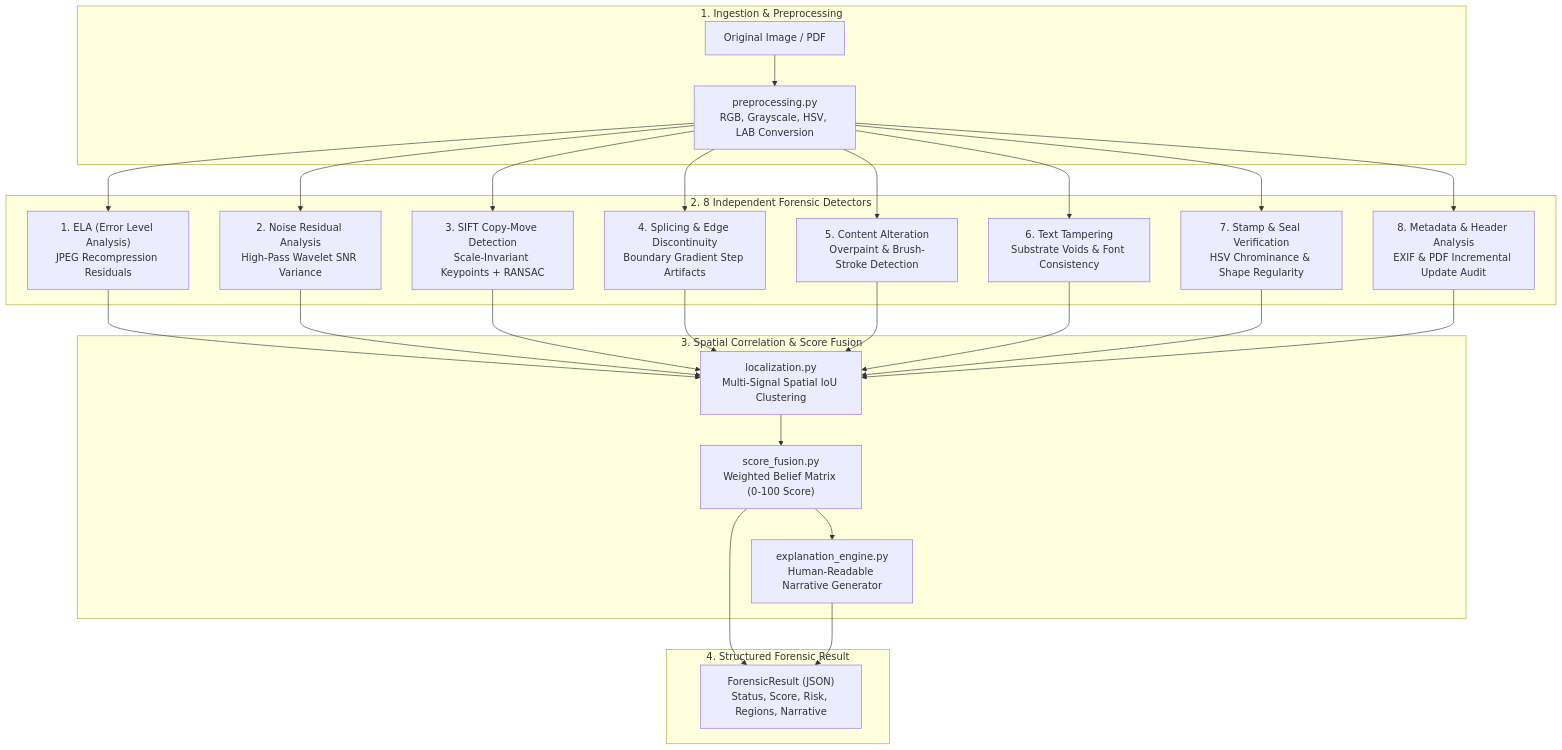
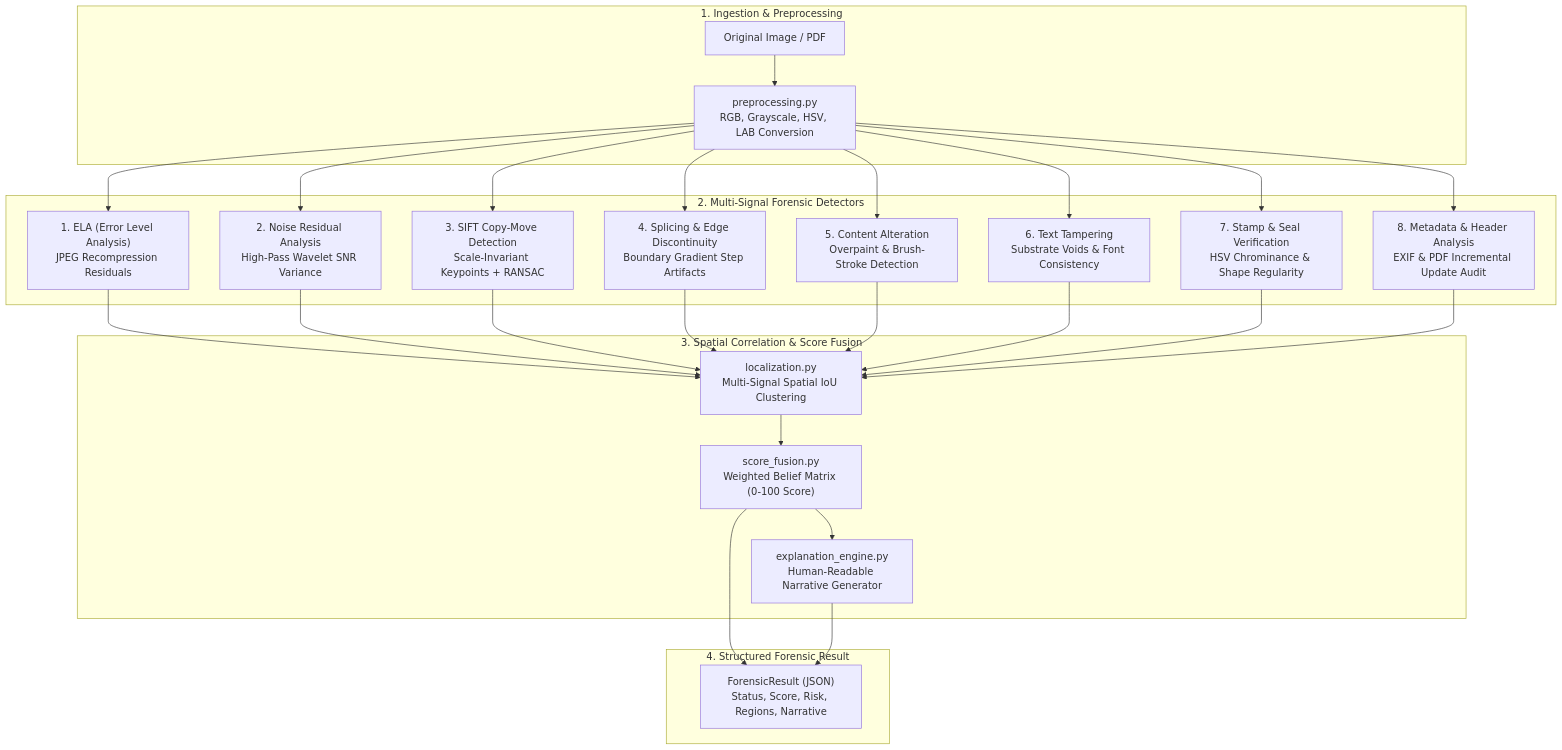
The third of 3 diagrams in README.md (DhruvilTech/DocShield-AI), drawn with Mermaid before and after one commit. The commit also changed other lines of this file and 2 other files, not shown here.

Commit message:
docs: update architecture for Cloudinary encryption, remove RBAC, and secure config

````diff
--- a/README.md
+++ b/README.md
@@ -334,27 +355,27 @@
 ```mermaid
 graph TD
     subgraph Inputs["1. Ingestion & Preprocessing"]
         raw["Original Image / PDF"] --> pre["preprocessing.py<br/>RGB, Grayscale, HSV, LAB Conversion"]
     end
 
-    subgraph Detectors["2. 8 Independent Forensic Detectors"]
+    subgraph Detectors["2. Multi-Signal Forensic Detectors"]
         pre --> D1["1. ELA (Error Level Analysis)<br/>JPEG Recompression Residuals"]
         pre --> D2["2. Noise Residual Analysis<br/>High-Pass Wavelet SNR Variance"]
         pre --> D3["3. SIFT Copy-Move Detection<br/>Scale-Invariant Keypoints + RANSAC"]
         pre --> D4["4. Splicing & Edge Discontinuity<br/>Boundary Gradient Step Artifacts"]
         pre --> D5["5. Content Alteration<br/>Overpaint & Brush-Stroke Detection"]
         pre --> D6["6. Text Tampering<br/>Substrate Voids & Font Consistency"]
         pre --> D7["7. Stamp & Seal Verification<br/>HSV Chrominance & Shape Regularity"]
         pre --> D8["8. Metadata & Header Analysis<br/>EXIF & PDF Incremental Update Audit"]
     end
 
     subgraph Fusion["3. Spatial Correlation & Score Fusion"]
         D1 & D2 & D3 & D4 & D5 & D6 & D7 & D8 --> cluster["localization.py<br/>Multi-Signal Spatial IoU Clustering"]
         cluster --> engine["score_fusion.py<br/>Weighted Belief Matrix (0-100 Score)"]
         engine --> exp["explanation_engine.py<br/>Human-Readable Narrative Generator"]
     end
 
     subgraph Output["4. Structured Forensic Result"]
         engine & exp --> res["ForensicResult (JSON)<br/>Status, Score, Risk, Regions, Narrative"]
     end
 ```
````
